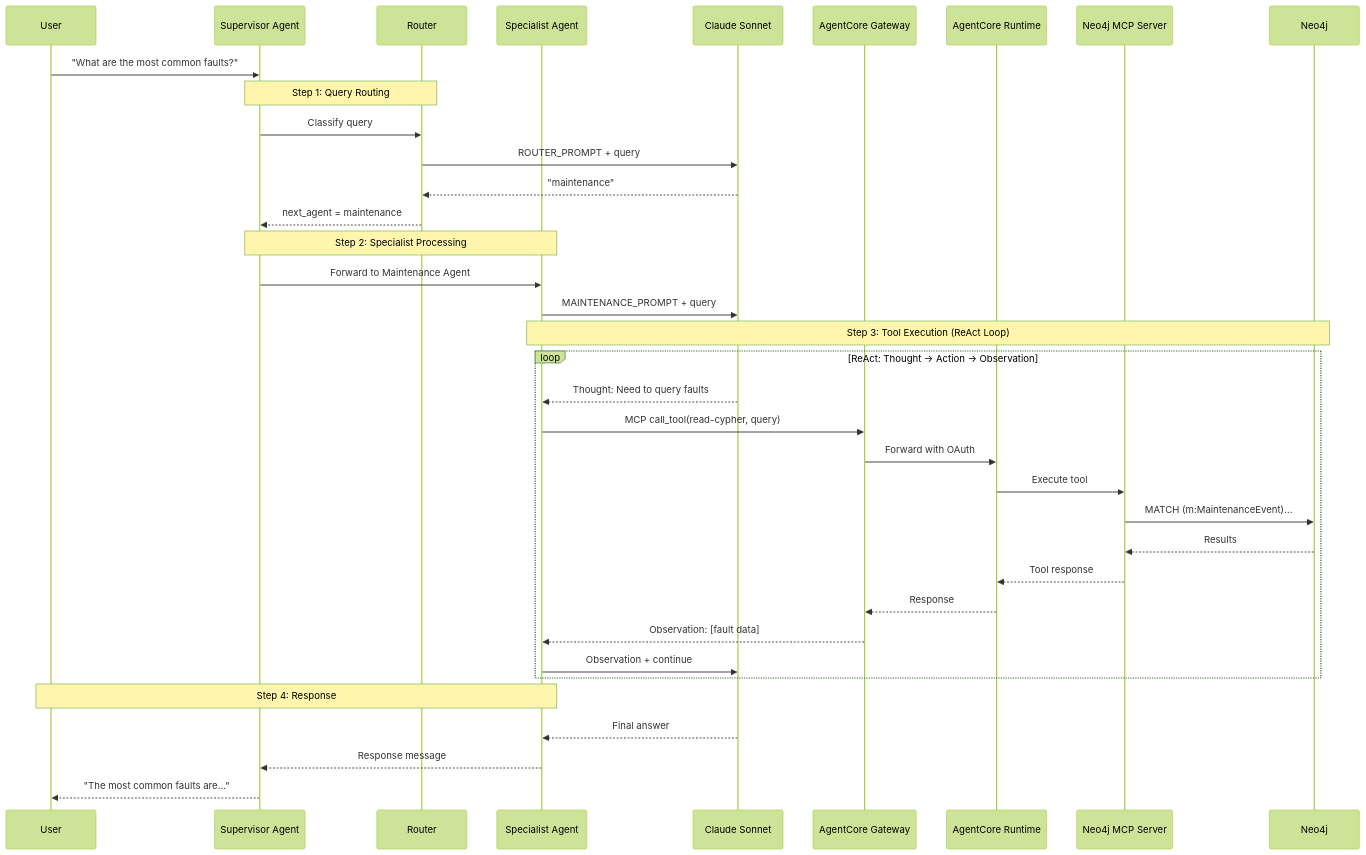
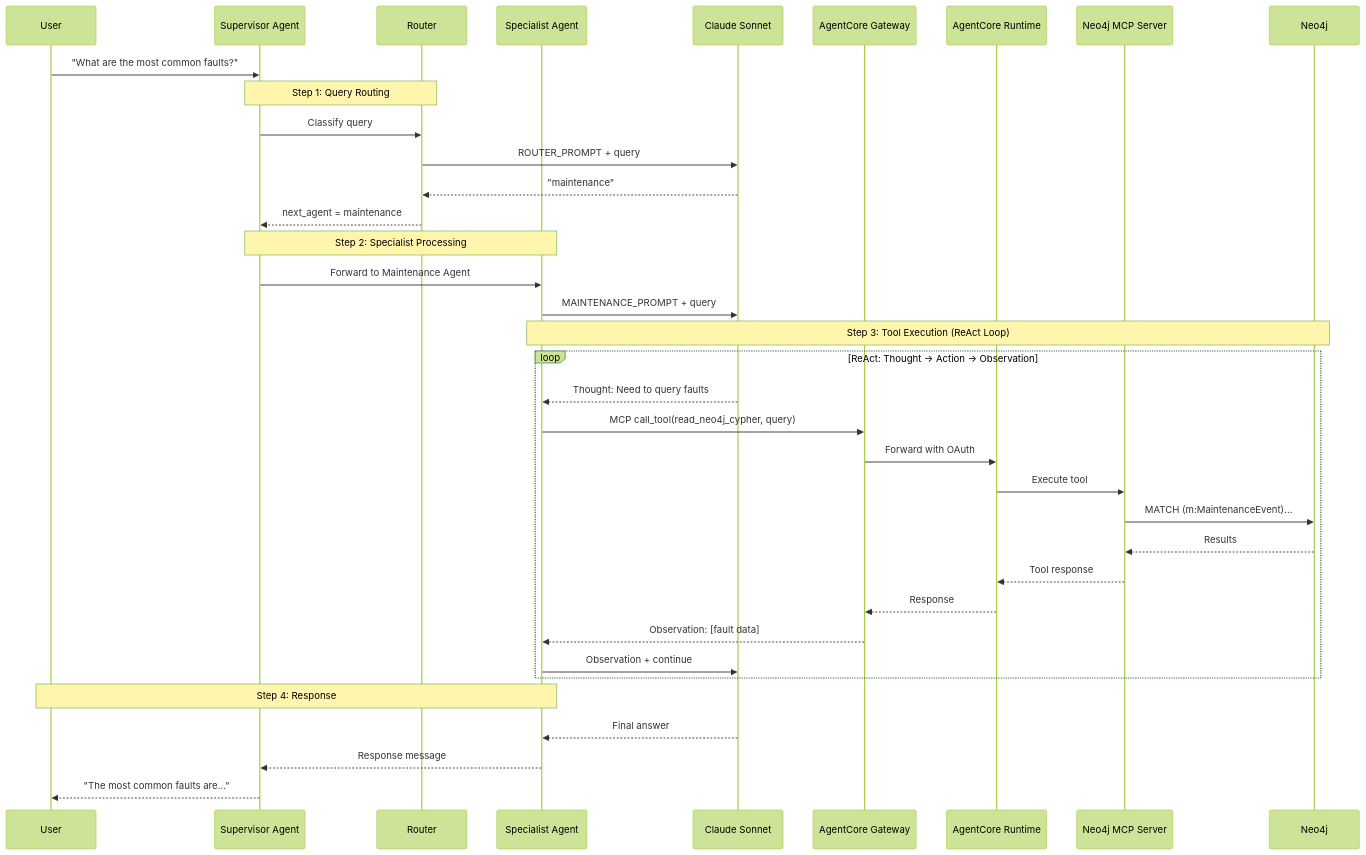
The tenth of 10 diagrams in docs/ARCHITECTURE.md (neo4j-partners/aws-starter), drawn with Mermaid (forest theme) before and after one commit. The commit also changed other lines of this file and 31 other files, not shown here.

````diff
--- a/docs/ARCHITECTURE.md
+++ b/docs/ARCHITECTURE.md
@@ -559,43 +559,43 @@
 ```mermaid
 sequenceDiagram
     participant User
     participant Agent as Supervisor Agent
     participant Router
     participant Worker as Specialist Agent
     participant LLM as Claude Sonnet
     participant Gateway as AgentCore Gateway
     participant Runtime as AgentCore Runtime
     participant MCP as Neo4j MCP Server
     participant Neo4j
 
     User->>Agent: "What are the most common faults?"
 
     Note over Agent,Router: Step 1: Query Routing
     Agent->>Router: Classify query
     Router->>LLM: ROUTER_PROMPT + query
     LLM-->>Router: "maintenance"
     Router-->>Agent: next_agent = maintenance
 
     Note over Agent,Worker: Step 2: Specialist Processing
     Agent->>Worker: Forward to Maintenance Agent
     Worker->>LLM: MAINTENANCE_PROMPT + query
 
     Note over Worker,Neo4j: Step 3: Tool Execution (ReAct Loop)
     loop ReAct: Thought → Action → Observation
         LLM-->>Worker: Thought: Need to query faults
-        Worker->>Gateway: MCP call_tool(read-cypher, query)
+        Worker->>Gateway: MCP call_tool(read_neo4j_cypher, query)
         Gateway->>Runtime: Forward with OAuth
         Runtime->>MCP: Execute tool
         MCP->>Neo4j: MATCH (m:MaintenanceEvent)...
         Neo4j-->>MCP: Results
         MCP-->>Runtime: Tool response
         Runtime-->>Gateway: Response
         Gateway-->>Worker: Observation: [fault data]
         Worker->>LLM: Observation + continue
     end
 
     Note over Worker,User: Step 4: Response
     LLM-->>Worker: Final answer
     Worker-->>Agent: Response message
     Agent-->>User: "The most common faults are..."
 ```
````
